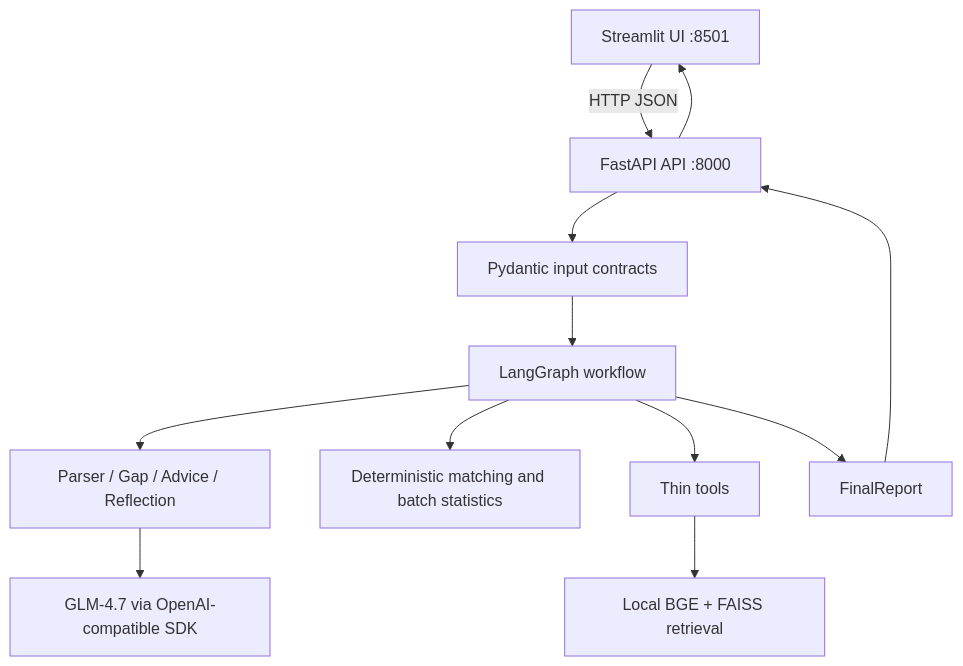
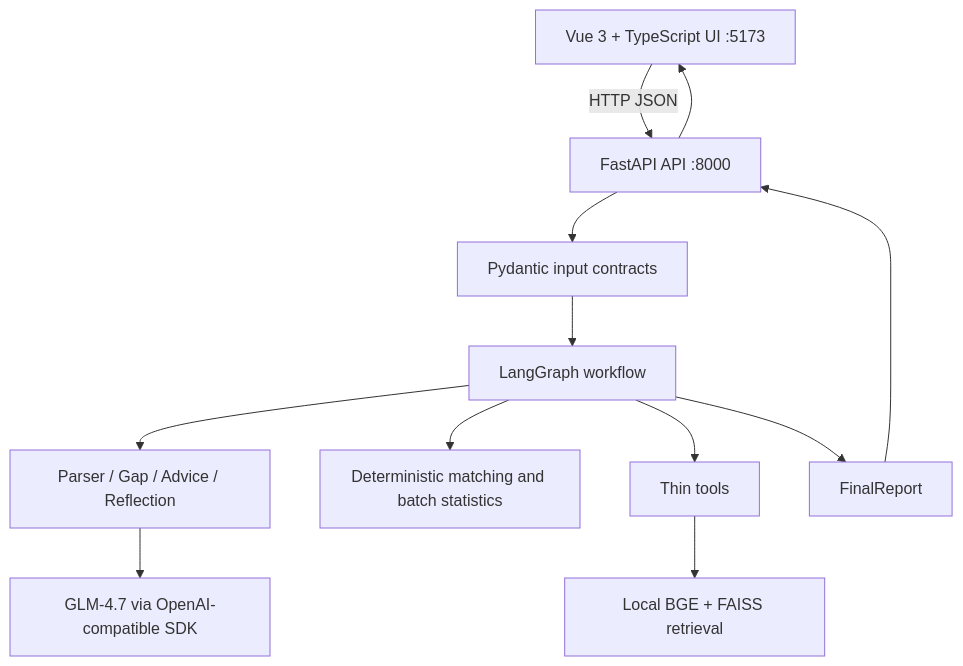
One commit to gaofengzd/JobPilot changed the diagram in docs/architecture/overview.md. Above: the diagram before and after it, drawn with Mermaid. The commit also changed 62 other files, not shown here.

````diff
--- a/docs/architecture/overview.md
+++ b/docs/architecture/overview.md
@@ -3,14 +3,14 @@
 ```mermaid
 flowchart TD
-    UI[Streamlit UI :8501] -->|HTTP JSON| API[FastAPI API :8000]
+    UI[Vue 3 + TypeScript UI :5173] -->|HTTP JSON| API[FastAPI API :8000]
     API --> INPUT[Pydantic input contracts]
     INPUT --> GRAPH[LangGraph workflow]
     GRAPH --> AGENTS[Parser / Gap / Advice / Reflection]
     GRAPH --> BUSINESS[Deterministic matching and batch statistics]
     GRAPH --> TOOLS[Thin tools]
     TOOLS --> RAG[Local BGE + FAISS retrieval]
     AGENTS --> LLM[GLM-4.7 via OpenAI-compatible SDK]
     GRAPH --> REPORT[FinalReport]
     REPORT --> API
     API --> UI
 ```
````
